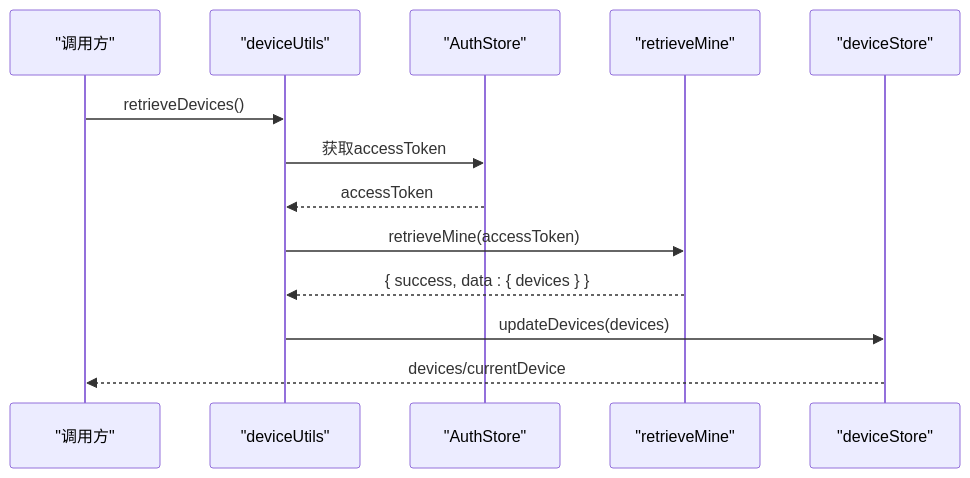
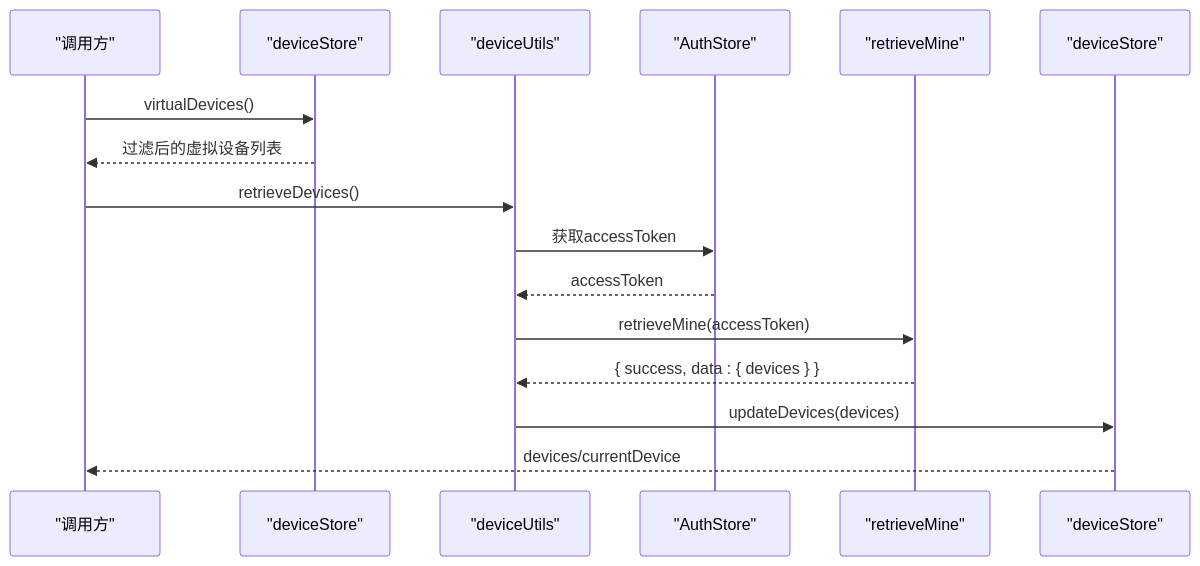
The eighth of 13 diagrams in .qoder/repowiki/zh/content/核心功能模块/设备与音频管理.md (le-bot-team/le-bot-frontend), drawn with Mermaid before and after one commit. The commit also changed other lines of this file and 217 other files, not shown here.

````diff
--- a/.qoder/repowiki/zh/content/核心功能模块/设备与音频管理.md
+++ b/.qoder/repowiki/zh/content/核心功能模块/设备与音频管理.md
@@ -332,15 +377,18 @@
 ```mermaid
 sequenceDiagram
 participant UI as "调用方"
+participant DeviceStore as "deviceStore"
 participant DeviceUtils as "deviceUtils"
 participant AuthStore as "AuthStore"
 participant API as "retrieveMine"
 participant Store as "deviceStore"
+UI->>DeviceStore : virtualDevices()
+DeviceStore-->>UI : 过滤后的虚拟设备列表
 UI->>DeviceUtils : retrieveDevices()
 DeviceUtils->>AuthStore : 获取accessToken
 AuthStore-->>DeviceUtils : accessToken
 DeviceUtils->>API : retrieveMine(accessToken)
 API-->>DeviceUtils : { success, data : { devices } }
 DeviceUtils->>Store : updateDevices(devices)
 Store-->>UI : devices/currentDevice
 ```
````
